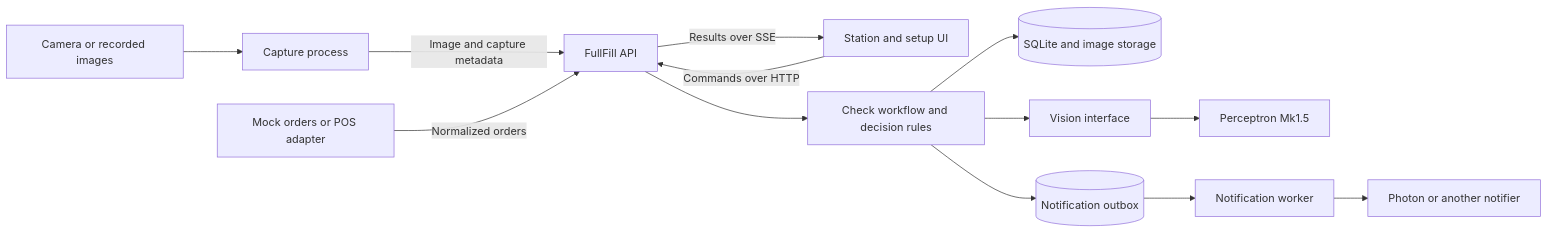
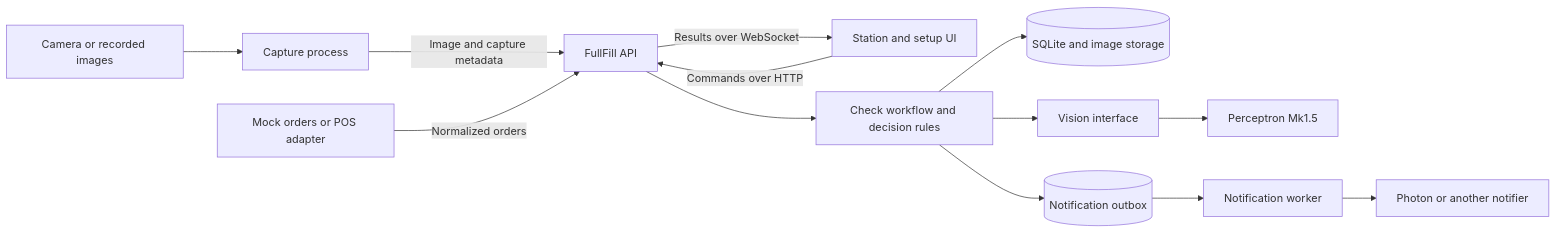
Before and after one commit to rivak7/FullFill: the second of 2 diagrams in docs/system-design.md, drawn with Mermaid. The commit also changed other lines of this file, not shown here.

````diff
--- a/docs/system-design.md
+++ b/docs/system-design.md
@@ -88,15 +92,15 @@
 ```mermaid
 flowchart LR
     CAM[Camera or recorded images] --> CAP[Capture process]
     CAP -->|Image and capture metadata| API[FullFill API]
     UI[Station and setup UI] -->|Commands over HTTP| API
-    API -->|Results over SSE| UI
+    API -->|Results over WebSocket| UI
     ORD[Mock orders or POS adapter] -->|Normalized orders| API
     API --> CORE[Check workflow and decision rules]
     CORE --> DB[(SQLite and image storage)]
     CORE --> V[Vision interface]
     V --> VP[Perceptron Mk1.5]
     CORE --> OUT[(Notification outbox)]
     OUT --> NW[Notification worker]
     NW --> NP[Photon or another notifier]
 ```
````
